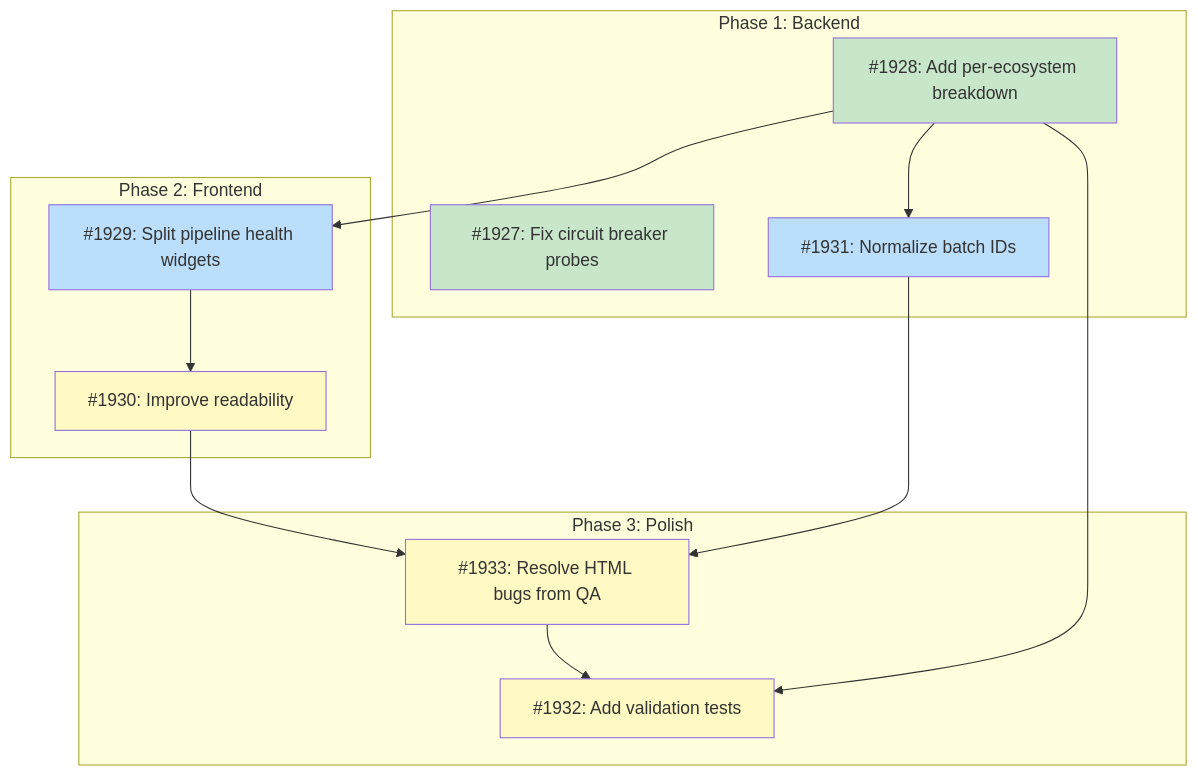
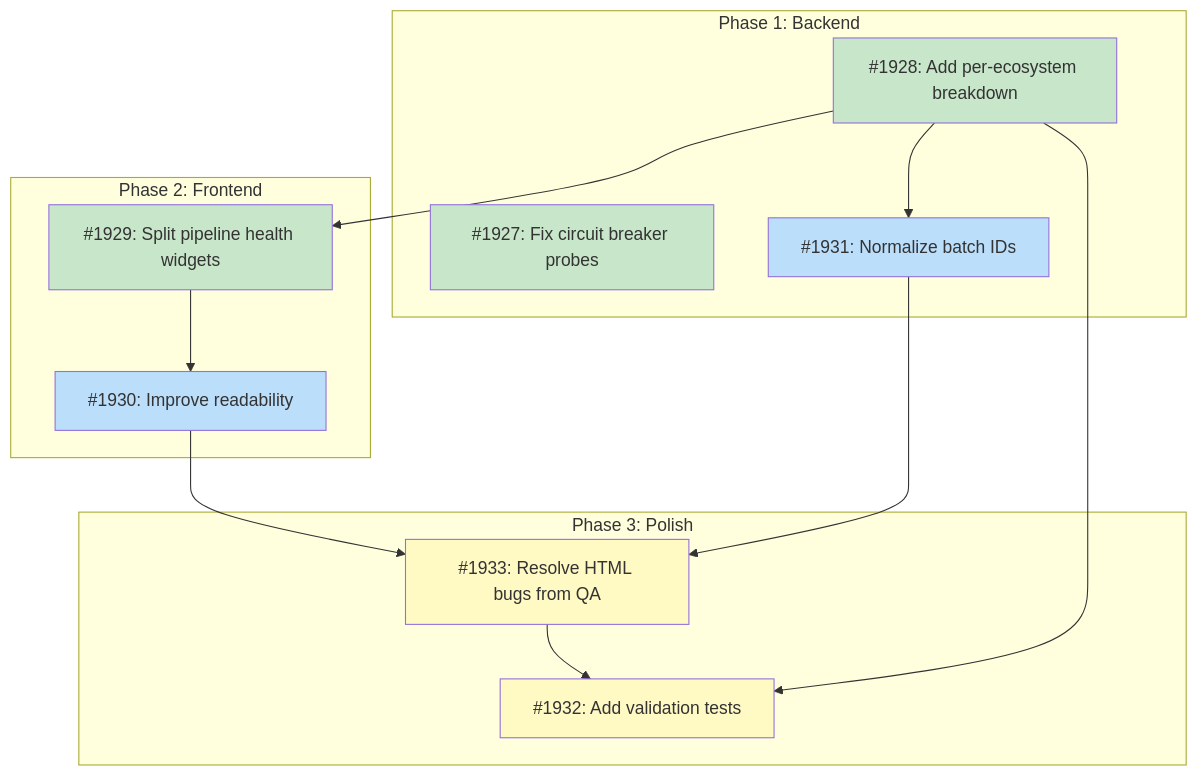
Before and after one commit to tsukumogami/tsuku: the diagram in docs/designs/DESIGN-pipeline-dashboard-overhaul.md, drawn with Mermaid. The commit also changed other lines of this file, not shown here.

Commit message:
docs(#1929): mark widget restructuring as complete in design doc

````diff
--- a/docs/designs/DESIGN-pipeline-dashboard-overhaul.md
+++ b/docs/designs/DESIGN-pipeline-dashboard-overhaul.md
@@ -55,36 +55,36 @@
 ```mermaid
 graph TD
     subgraph Phase1["Phase 1: Backend"]
         I1927["#1927: Fix circuit breaker probes"]
         I1928["#1928: Add per-ecosystem breakdown"]
         I1931["#1931: Normalize batch IDs"]
     end
 
     subgraph Phase2["Phase 2: Frontend"]
         I1929["#1929: Split pipeline health widgets"]
         I1930["#1930: Improve readability"]
     end
 
     subgraph Phase3["Phase 3: Polish"]
         I1933["#1933: Resolve HTML bugs from QA"]
         I1932["#1932: Add validation tests"]
     end
 
     I1928 --> I1929
     I1928 --> I1931
     I1928 --> I1932
     I1929 --> I1930
     I1930 --> I1933
     I1931 --> I1933
     I1933 --> I1932
 
     classDef done fill:#c8e6c9
     classDef ready fill:#bbdefb
     classDef blocked fill:#fff9c4
     classDef needsDesign fill:#e1bee7
     classDef tracksDesign fill:#FFE0B2,stroke:#F57C00,color:#000
 
-    class I1927,I1928 done
-    class I1929,I1931 ready
-    class I1930,I1933,I1932 blocked
+    class I1927,I1928,I1929 done
+    class I1931,I1930 ready
+    class I1933,I1932 blocked
 ```
````
